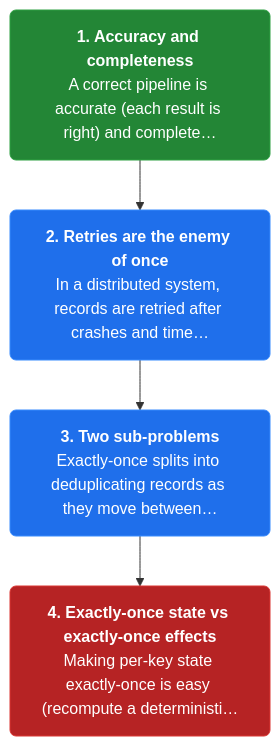
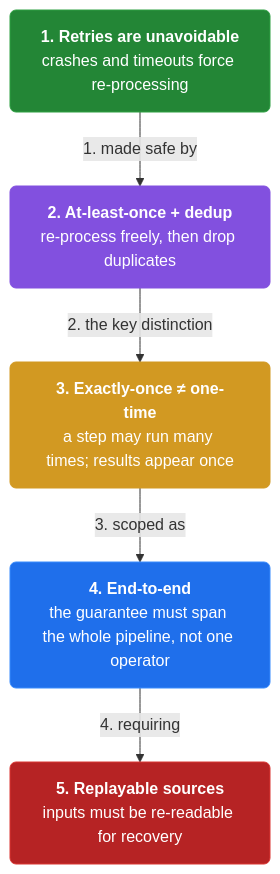
Before and after one commit to vinayakuber/streaming-systems-study-guide: the first of 19 diagrams in docs/ch05-exactly-once-and-side-effects.md, drawn with Mermaid. The commit also changed other lines of this file and 12 other files, not shown here.

First line of the commit message:
Author per-section and per-card mermaid diagrams (110 diagrams)

````diff
--- a/docs/ch05-exactly-once-and-side-effects.md
+++ b/docs/ch05-exactly-once-and-side-effects.md
@@ -13,13 +13,17 @@
 ```mermaid
 flowchart TD
-  classDef step fill:#1f6feb,color:#ffffff,stroke:#388bfd,stroke-width:1px,rx:6
+  classDef step fill:#1f6feb,color:#ffffff,stroke:#388bfd,rx:6
+  classDef core fill:#8250df,color:#ffffff,stroke:#8250df,rx:6
+  classDef warn fill:#d29922,color:#ffffff,stroke:#d29922,rx:6
   classDef start fill:#238636,color:#ffffff,stroke:#2ea043,rx:6
   classDef stop fill:#b62324,color:#ffffff,stroke:#da3633,rx:6
-  s0n0["<b>1. Accuracy and completeness</b><br/>A correct pipeline is accurate (each result is right) and complete…"]:::start
-  s0n1["<b>2. Retries are the enemy of once</b><br/>In a distributed system, records are retried after crashes and time…"]:::step
-  s0n2["<b>3. Two sub-problems</b><br/>Exactly-once splits into deduplicating records as they move between…"]:::step
-  s0n3["<b>4. Exactly-once state vs exactly-once effects</b><br/>Making per-key state exactly-once is easy (recompute a deterministi…"]:::stop
-  s0n0 --> s0n1
-  s0n1 --> s0n2
-  s0n2 --> s0n3
+  n0["<b>1. Retries are unavoidable</b><br/>crashes and timeouts force re-processing"]:::start
+  n1["<b>2. At-least-once + dedup</b><br/>re-process freely, then drop duplicates"]:::core
+  n2["<b>3. Exactly-once ≠ one-time</b><br/>a step may run many times; results appear once"]:::warn
+  n3["<b>4. End-to-end</b><br/>the guarantee must span the whole pipeline, not one operator"]:::step
+  n4["<b>5. Replayable sources</b><br/>inputs must be re-readable for recovery"]:::stop
+  n0 -->|"1. made safe by"| n1
+  n1 -->|"2. the key distinction"| n2
+  n2 -->|"3. scoped as"| n3
+  n3 -->|"4. requiring"| n4
 ```
````
